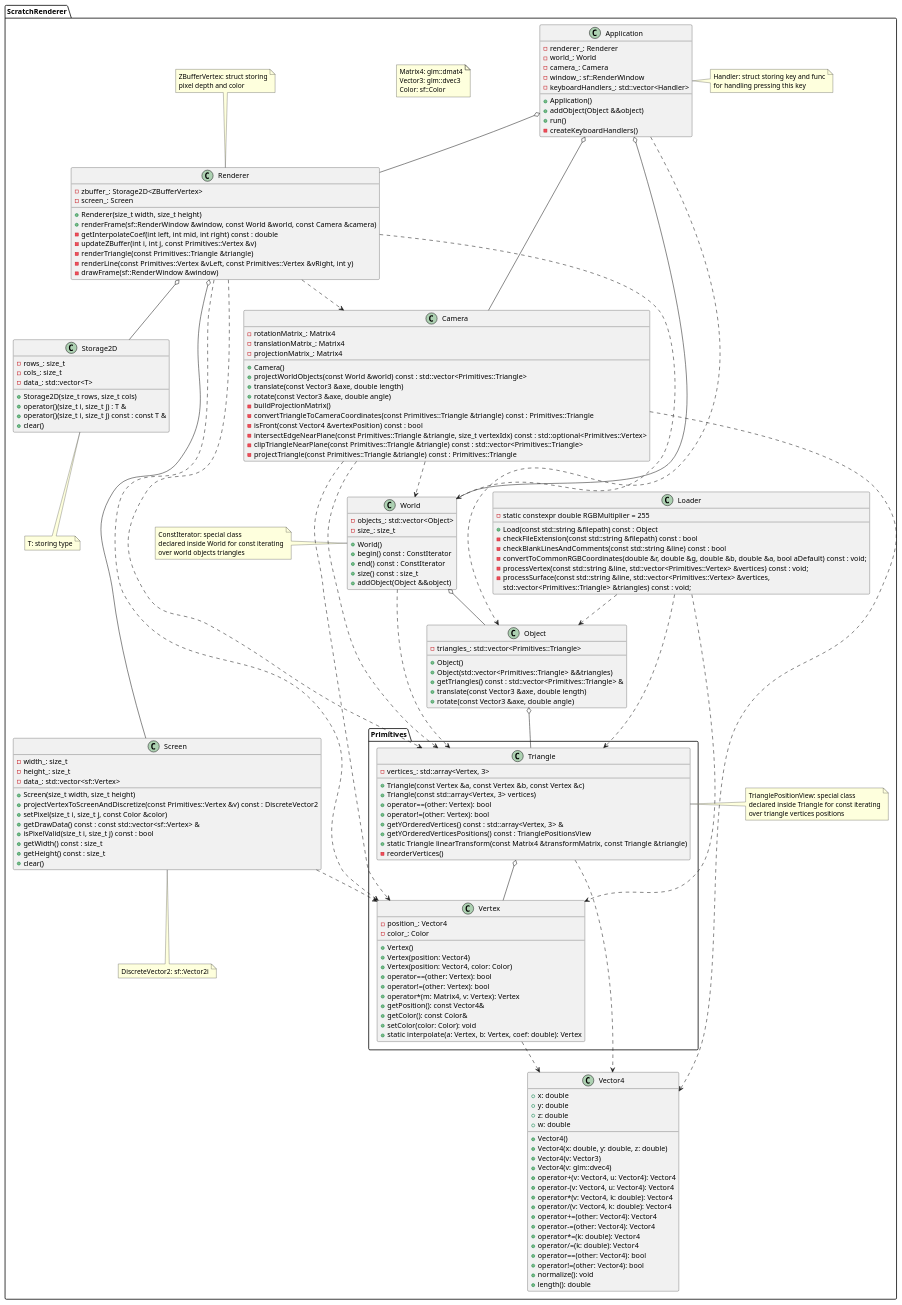
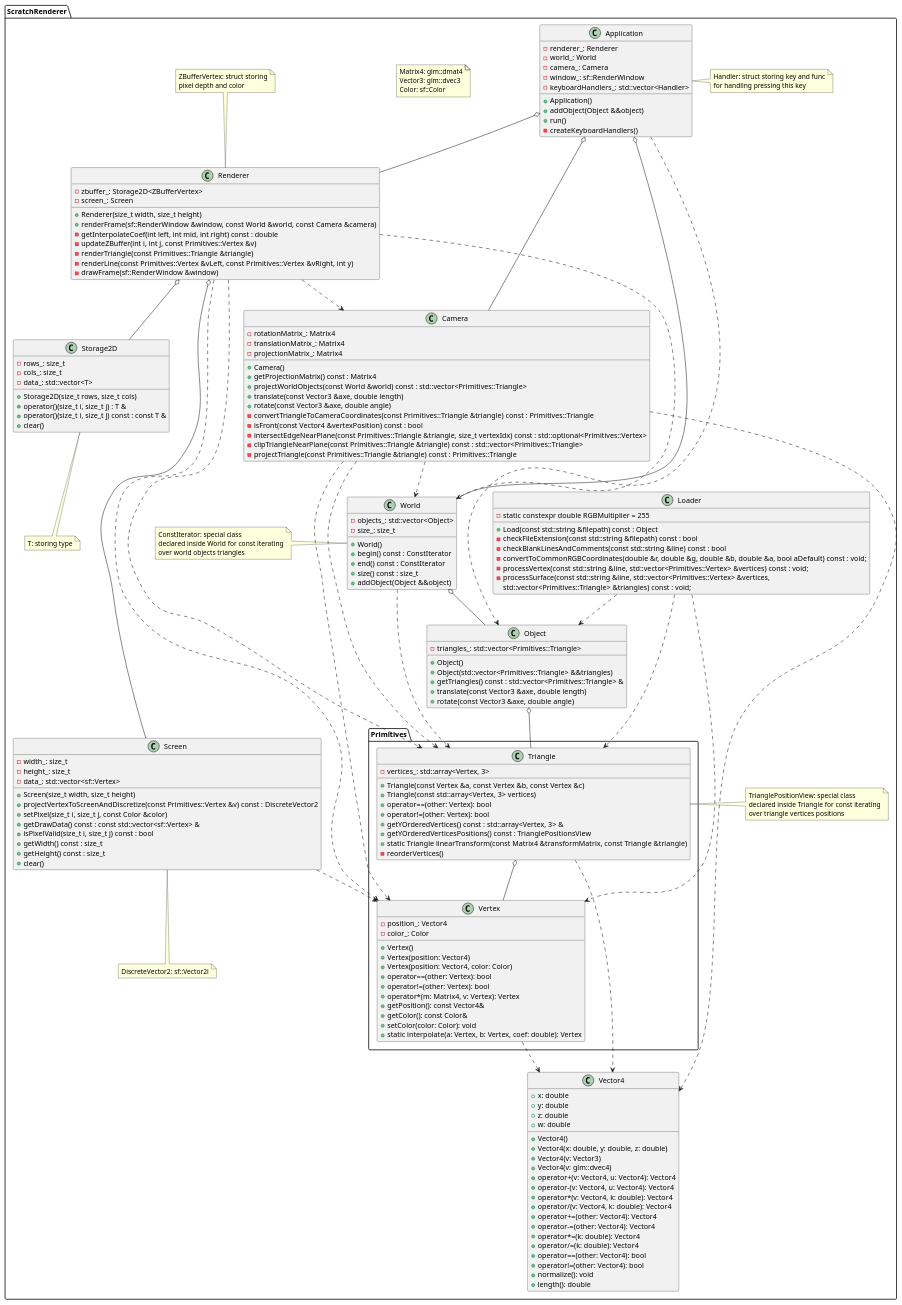
Before and after one commit to cutehater/3d-renderer: the diagram in docs/class_diagram.puml, drawn with PlantUML. The commit also changed 5 other files, not shown here.

```diff
--- a/docs/class_diagram.puml
+++ b/docs/class_diagram.puml
@@ -78,10 +78,10 @@
 
     class Camera {
         +Camera()
+        +getProjectionMatrix() const : Matrix4
         +projectWorldObjects(const World &world) const : std::vector<Primitives::Triangle>
         +translate(const Vector3 &axe, double length)
         +rotate(const Vector3 &axe, double angle)
-        -buildProjectionMatrix()
         -convertTriangleToCameraCoordinates(const Primitives::Triangle &triangle) const : Primitives::Triangle
         -isFront(const Vector4 &vertexPosition) const : bool
         -intersectEdgeNearPlane(const Primitives::Triangle &triangle, size_t vertexIdx) const : std::optional<Primitives::Vertex>
```
